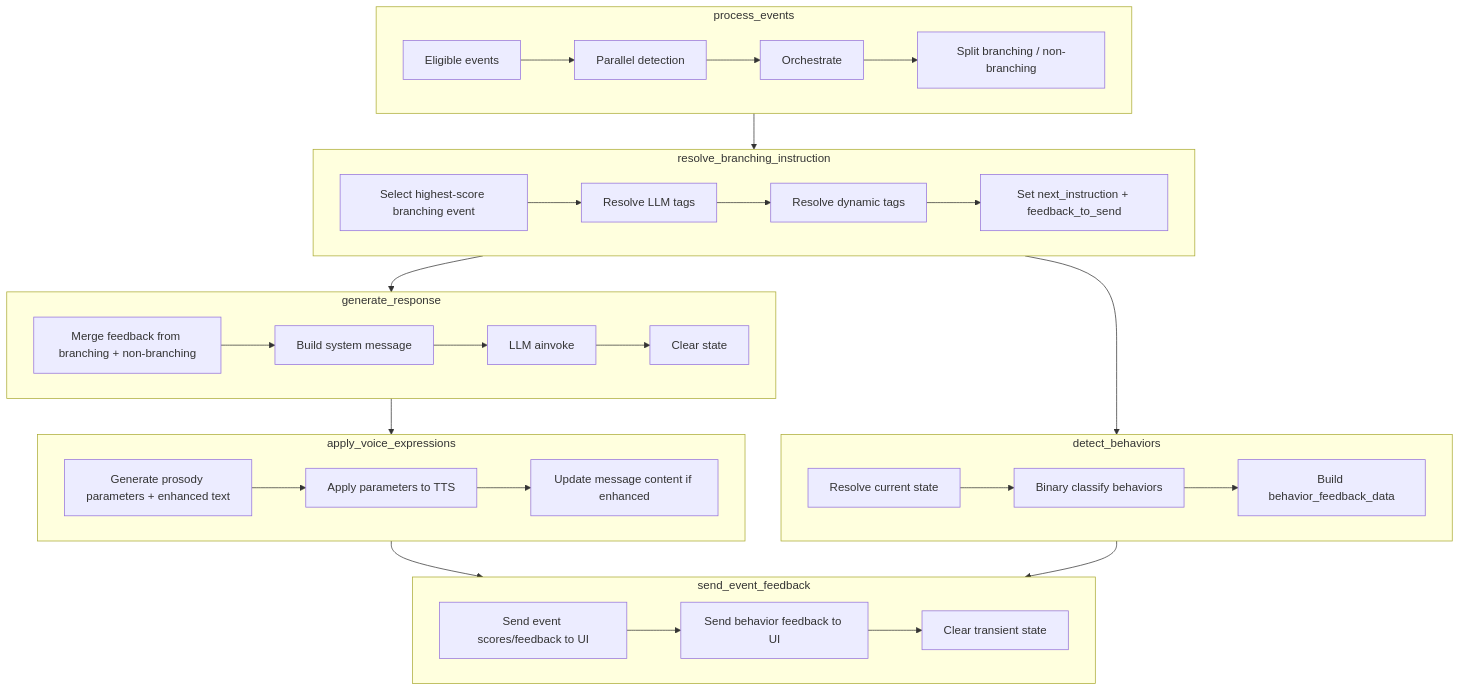
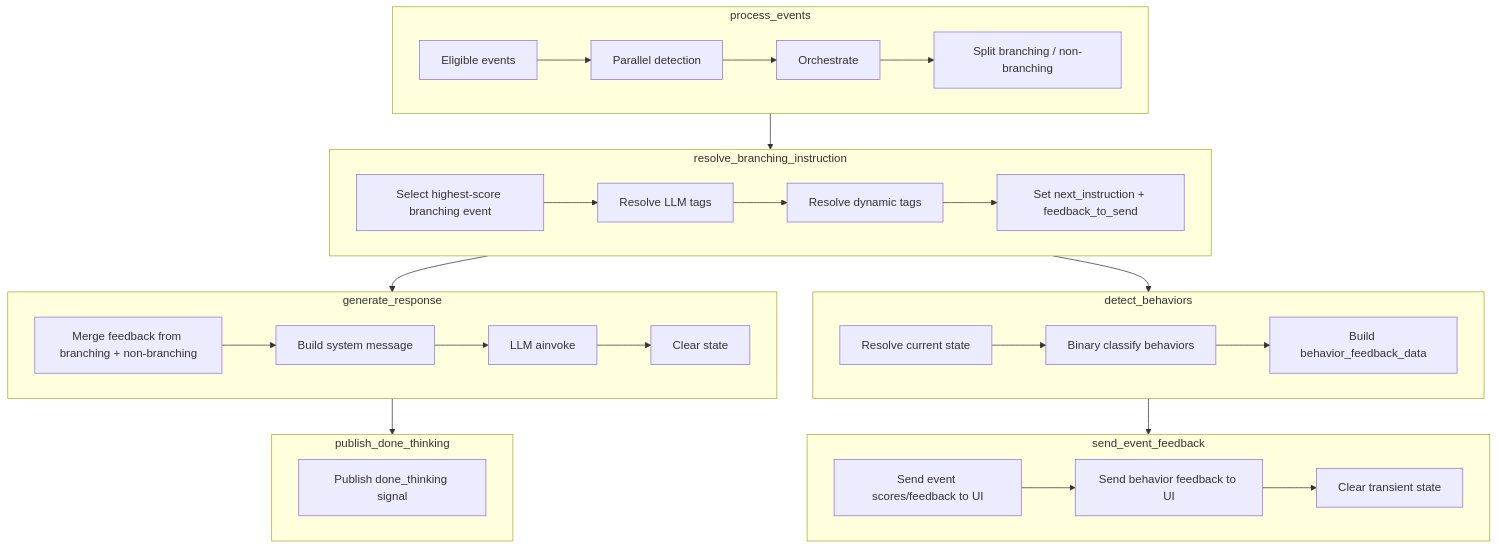
One commit to HelloAllyTech/ally-platform changed the second of 2 diagrams in docs/02-graph-pipeline.md. Above: the diagram before and after it, drawn with Mermaid. The commit also changed other lines of this file and 40 other files, not shown here.

````diff
--- a/docs/02-graph-pipeline.md
+++ b/docs/02-graph-pipeline.md
@@ -169,47 +167,44 @@
 ```mermaid
 flowchart TD
     subgraph process_events
         PE1[Eligible events] --> PE2[Parallel detection]
         PE2 --> PE3[Orchestrate]
         PE3 --> PE4[Split branching / non-branching]
     end
 
     subgraph resolve_branching_instruction
         RB1[Select highest-score branching event]
         RB1 --> RB2[Resolve LLM tags]
         RB2 --> RB3[Resolve dynamic tags]
         RB3 --> RB4[Set next_instruction + feedback_to_send]
     end
 
     subgraph generate_response
         GR1[Merge feedback from branching + non-branching]
         GR1 --> GR2[Build system message]
         GR2 --> GR3[LLM ainvoke]
         GR3 --> GR4[Clear state]
     end
 
     subgraph detect_behaviors
         DB1[Resolve current state]
         DB1 --> DB2[Binary classify behaviors]
         DB2 --> DB3[Build behavior_feedback_data]
     end
 
-    subgraph apply_voice_expressions
-        VE1[Generate prosody parameters + enhanced text]
-        VE1 --> VE2[Apply parameters to TTS]
-        VE2 --> VE3[Update message content if enhanced]
+    subgraph publish_done_thinking
+        VE1[Publish done_thinking signal]
     end
 
     subgraph send_event_feedback
         SF1[Send event scores/feedback to UI]
         SF1 --> SF2[Send behavior feedback to UI]
         SF2 --> SF3[Clear transient state]
     end
 
     process_events --> resolve_branching_instruction
     resolve_branching_instruction --> generate_response
     resolve_branching_instruction --> detect_behaviors
-    generate_response --> apply_voice_expressions
-    apply_voice_expressions --> send_event_feedback
+    generate_response --> publish_done_thinking
     detect_behaviors --> send_event_feedback
 ```
````
